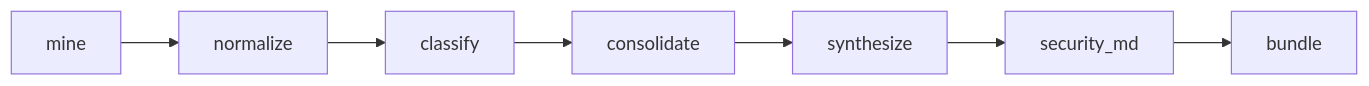
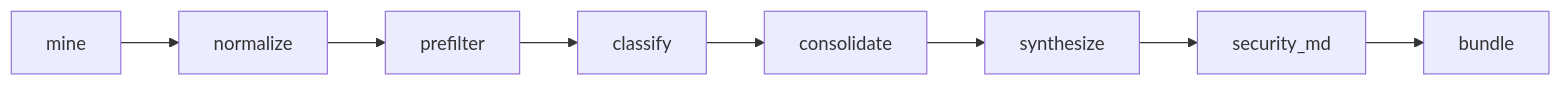
One commit to estersassis/asgard changed the diagram in README.md. Above: the diagram before and after it, drawn with Mermaid. The commit also changed other lines of this file and 6 other files, not shown here.

Commit message:
Enhance ASGARD pipeline by integrating prefilter stage to filter pull requests based on security keywords. Update README to reflect changes in the pipeline stages and document the new prefilter functionality, including its impact on classification and output files.

````diff
--- a/README.md
+++ b/README.md
@@ -14,4 +14,4 @@
 ```mermaid
 flowchart LR
-  mine --> normalize --> classify --> consolidate --> synthesize --> security_md --> bundle
+  mine --> normalize --> prefilter --> classify --> consolidate --> synthesize --> security_md --> bundle
 ```
````
